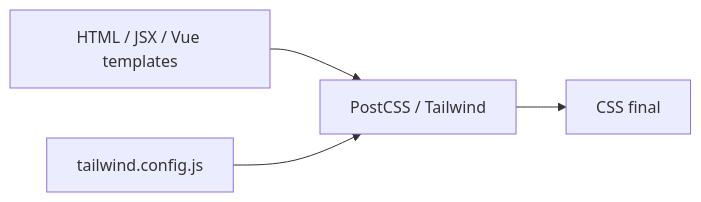
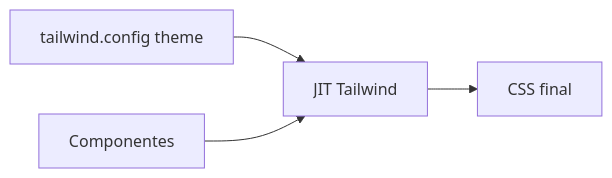
The diagram in frontend/05-tailwind-css.md (tiagocosmai/study-materials), drawn with Mermaid before and after one commit. The commit also changed other lines of this file and 14 other files, not shown here.

````diff
--- a/frontend/05-tailwind-css.md
+++ b/frontend/05-tailwind-css.md
@@ -7,8 +7,8 @@
 ```mermaid
 flowchart LR
-  SRC[HTML / JSX / Vue templates]
-  CFG[tailwind.config.js]
-  SRC --> BUILD[PostCSS / Tailwind]
-  CFG --> BUILD
-  BUILD --> OUT[CSS final]
+  TOK[tailwind.config theme]
+  SRC[Componentes]
+  TOK --> BUILD[JIT Tailwind]
+  SRC --> BUILD
+  BUILD --> CSS[CSS final]
 ```
````
